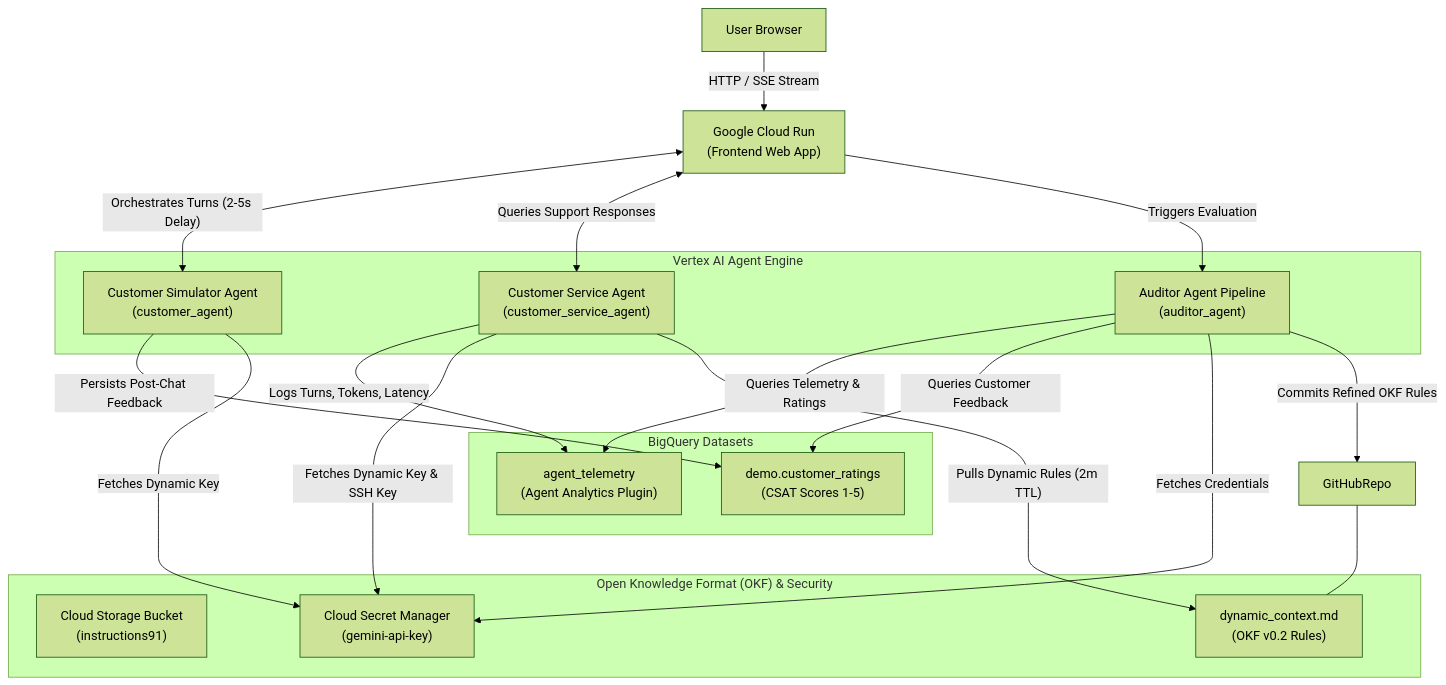
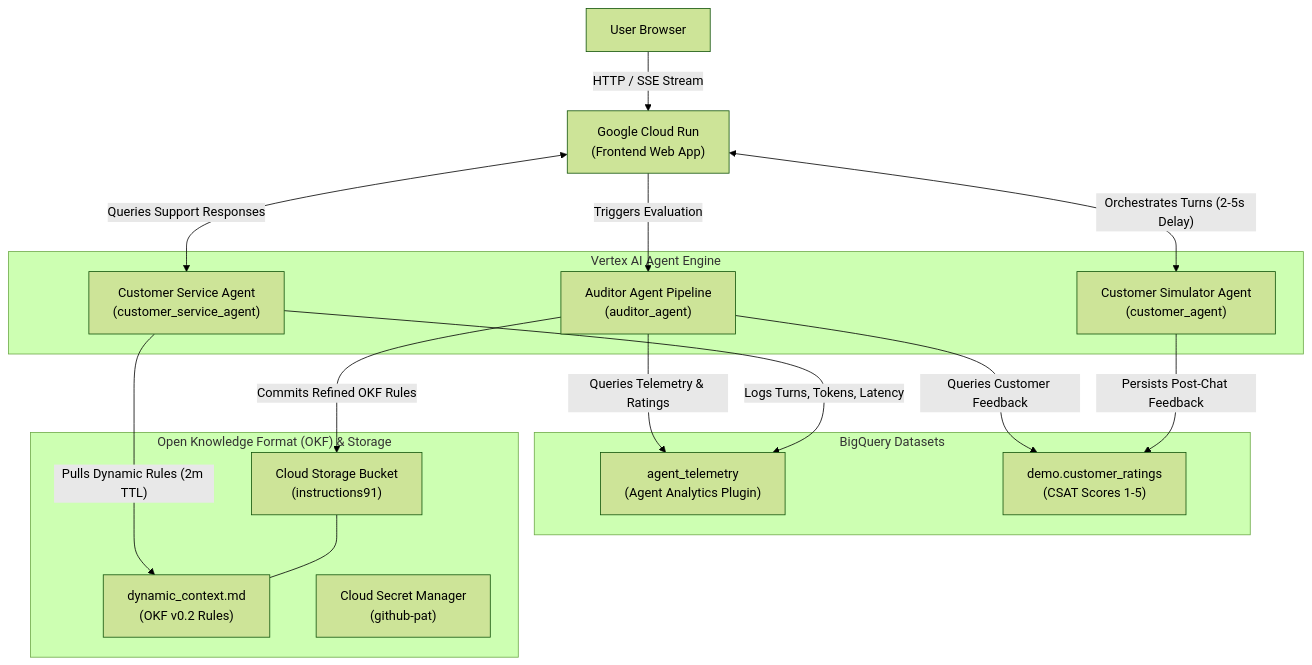
Before and after one commit to gshilo/experthub: the diagram in README.md, drawn with Mermaid (forest theme). The commit also changed other lines of this file and 28 other files, not shown here.

Commit message:
feat(auth): replace Secret Manager Gemini API key with Vertex AI ADC across agents, frontend, and infra

````diff
--- a/README.md
+++ b/README.md
@@ -12,38 +12,35 @@
 ```mermaid
 flowchart TD
     User["User Browser"] -->|"HTTP / SSE Stream"| CloudRun["Google Cloud Run<br/>(Frontend Web App)"]
     
     subgraph VertexAI["Vertex AI Agent Engine"]
         CustAgent["Customer Simulator Agent<br/>(customer_agent)"]
         CSAgent["Customer Service Agent<br/>(customer_service_agent)"]
         AudAgent["Auditor Agent Pipeline<br/>(auditor_agent)"]
     end
 
     subgraph Observability["BigQuery Datasets"]
         BQTele["agent_telemetry<br/>(Agent Analytics Plugin)"]
         BQRatings["demo.customer_ratings<br/>(CSAT Scores 1-5)"]
     end
 
-    subgraph Knowledge["Open Knowledge Format (OKF) & Security"]
+    subgraph Knowledge["Open Knowledge Format (OKF) & Storage"]
         GCSBucket["Cloud Storage Bucket<br/>(instructions91)"]
         OKFFile["dynamic_context.md<br/>(OKF v0.2 Rules)"]
-        SecretMgr["Cloud Secret Manager<br/>(gemini-api-key)"]
+        SecretMgr["Cloud Secret Manager<br/>(github-pat)"]
     end
 
     CloudRun <-->|"Orchestrates Turns (2-5s Delay)"| CustAgent
     CloudRun <-->|"Queries Support Responses"| CSAgent
     CloudRun -->|"Triggers Evaluation"| AudAgent
 
     CSAgent -->|"Logs Turns, Tokens, Latency"| BQTele
     CustAgent -->|"Persists Post-Chat Feedback"| BQRatings
 
     AudAgent -->|"Queries Telemetry & Ratings"| BQTele
     AudAgent -->|"Queries Customer Feedback"| BQRatings
-    AudAgent -->|"Fetches Credentials"| SecretMgr
-    AudAgent -->|"Commits Refined OKF Rules"| GitHubRepo
-    GitHubRepo --- OKFFile
+    AudAgent -->|"Commits Refined OKF Rules"| GCSBucket
+    GCSBucket --- OKFFile
 
-    CSAgent -->|"Fetches Dynamic Key & SSH Key"| SecretMgr
-    CustAgent -->|"Fetches Dynamic Key"| SecretMgr
     CSAgent -->|"Pulls Dynamic Rules (2m TTL)"| OKFFile
 ```
````
